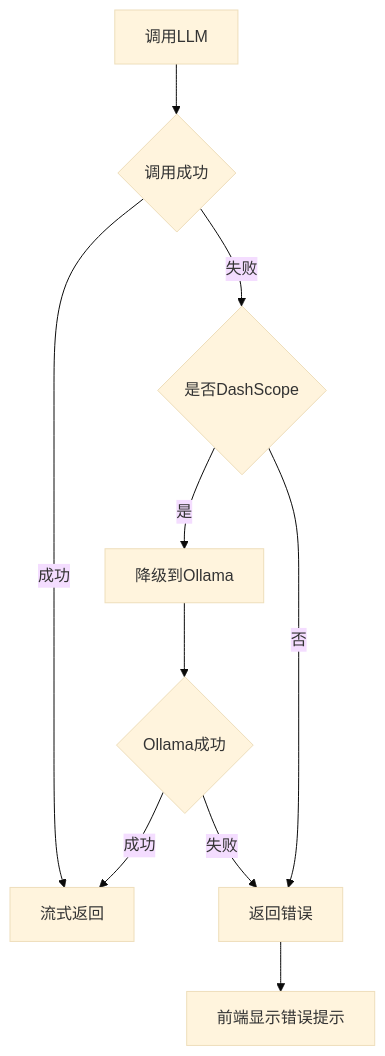
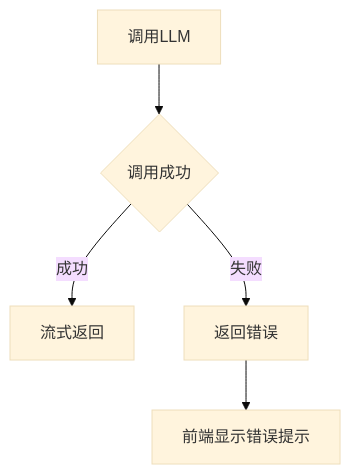
The tenth of 10 diagrams in docs/业务流程说明.md (caolufeng994/ai-customer-service), drawn with Mermaid (base theme) before and after one commit. The commit also changed 32 other files, not shown here.

````diff
--- a/docs/业务流程说明.md
+++ b/docs/业务流程说明.md
@@ -331,12 +331,7 @@
 ```mermaid
 flowchart TD
     A[调用LLM] --> B{调用成功}
     B -->|成功| C[流式返回]
-    B -->|失败| D{是否DashScope}
-    D -->|是| E[降级到Ollama]
-    D -->|否| F[返回错误]
-    E --> G{Ollama成功}
-    G -->|成功| C
-    G -->|失败| F
+    B -->|失败| F[返回错误]
     F --> H[前端显示错误提示]
 ```
````
